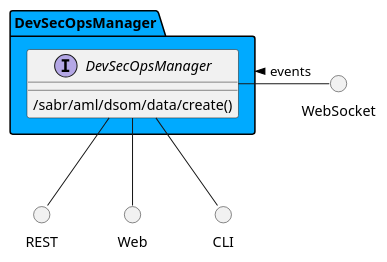
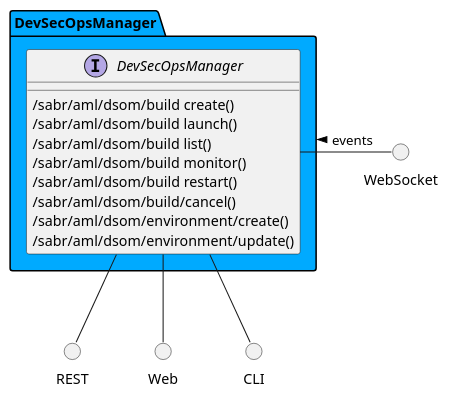
Before and after one commit to madajaju/sabr: the diagram in docs/sabr/aml/dsom/subpackage.puml, drawn with PlantUML. The commit also changed 1010 other files, not shown here.

Commit message:
Documentation of the DevSecOps and updates to Copyright.

```diff
--- a/docs/sabr/aml/dsom/subpackage.puml
+++ b/docs/sabr/aml/dsom/subpackage.puml
@@ -1,31 +1,42 @@
 @startuml
 
+
+package "DevSecOpsManager" #00aaff {
+
+}
 
 
 package "DevSecOpsManager" #00aaff {
 
     interface "DevSecOpsManager" as i {
     
-            /sabr/aml/dsom/data/create()
+            /sabr/aml/dsom/build create()
+            /sabr/aml/dsom/build launch()
+            /sabr/aml/dsom/build list()
+            /sabr/aml/dsom/build monitor()
+            /sabr/aml/dsom/build restart()
+            /sabr/aml/dsom/build/cancel()
+            /sabr/aml/dsom/environment/create()
+            /sabr/aml/dsom/environment/update()
     
     }
 }
 
 circle REST
 circle Web
 circle CLI
 circle WebSocket
 
 i -down- Web
 i -down- CLI
 i -down- REST
 WebSocket -left- i: events >
 
 package "DevSecOpsManager" #00aaff {
 
 
 }
 
 
 
 @enduml
```
